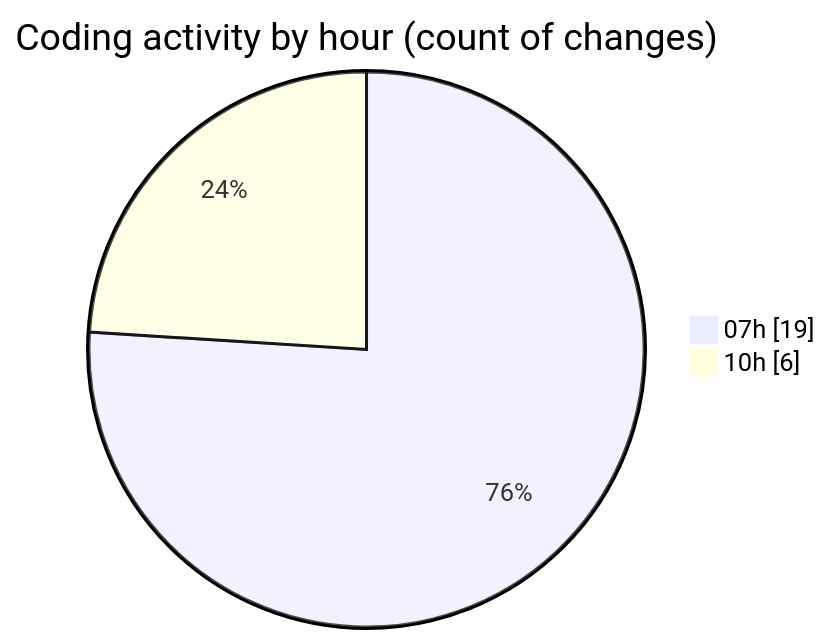
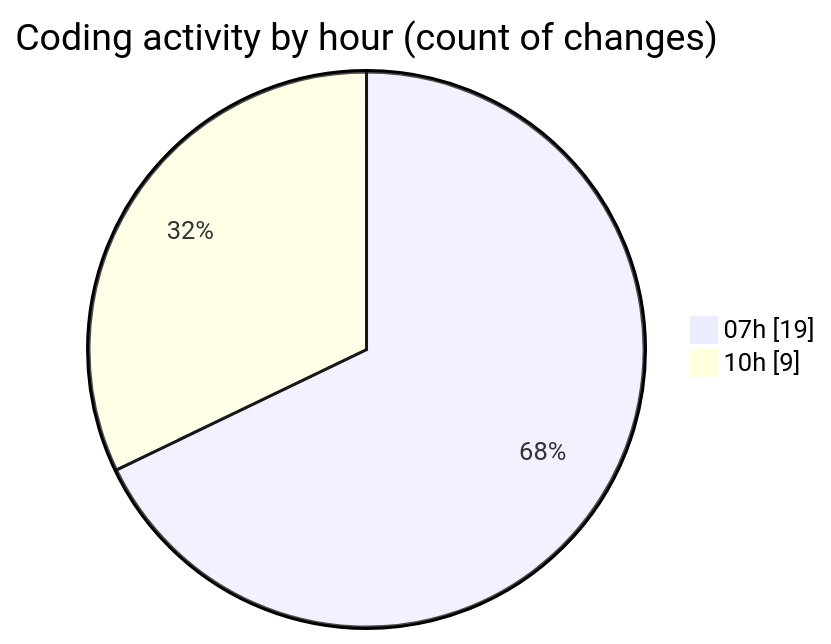
One commit to tmsrecording-cyber/code-tracking changed the second of 2 diagrams in 2026-04-25/darkwire/README.md. Above: the diagram before and after it, drawn with Mermaid. The commit also changed other lines of this file and 1 other file, not shown here.

````diff
--- a/2026-04-25/darkwire/README.md
+++ b/2026-04-25/darkwire/README.md
@@ -49,6 +50,6 @@
 ```mermaid
 pie showData
 title Coding activity by hour (count of changes)
 "07h" : 19
-"10h" : 6
+"10h" : 9
 ```
````
